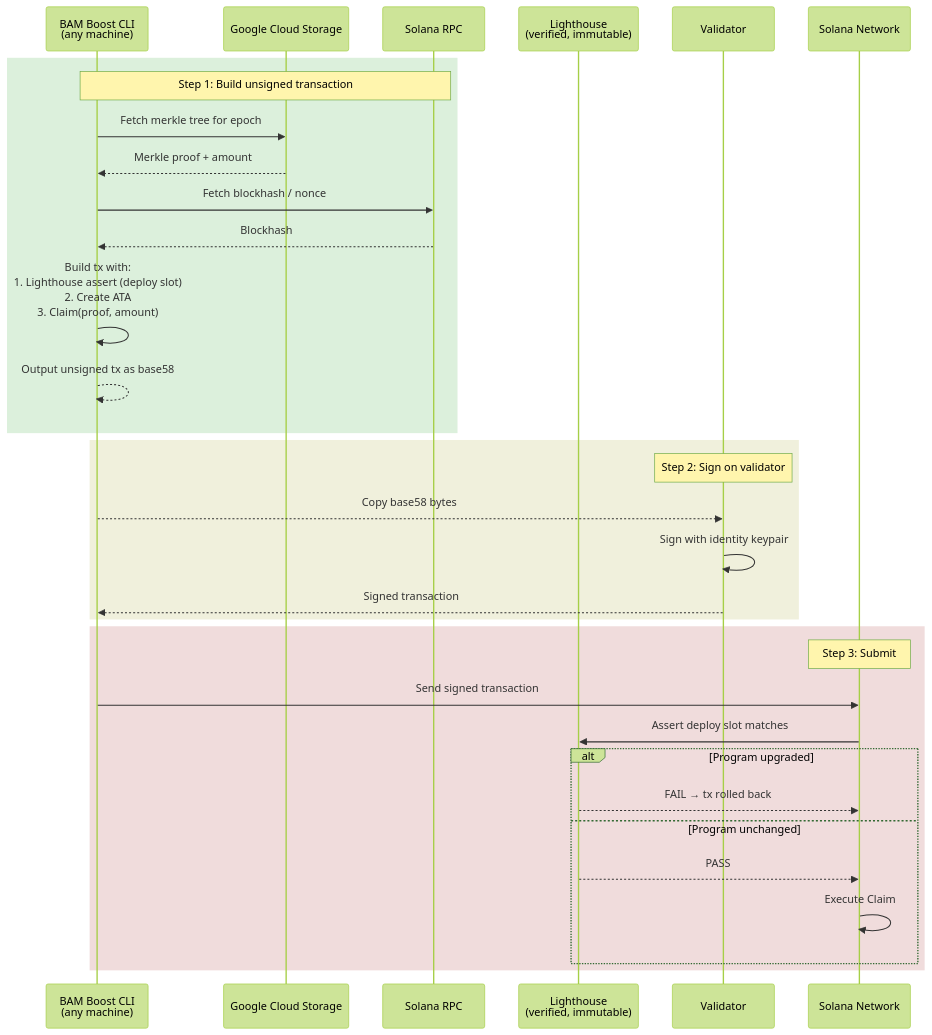
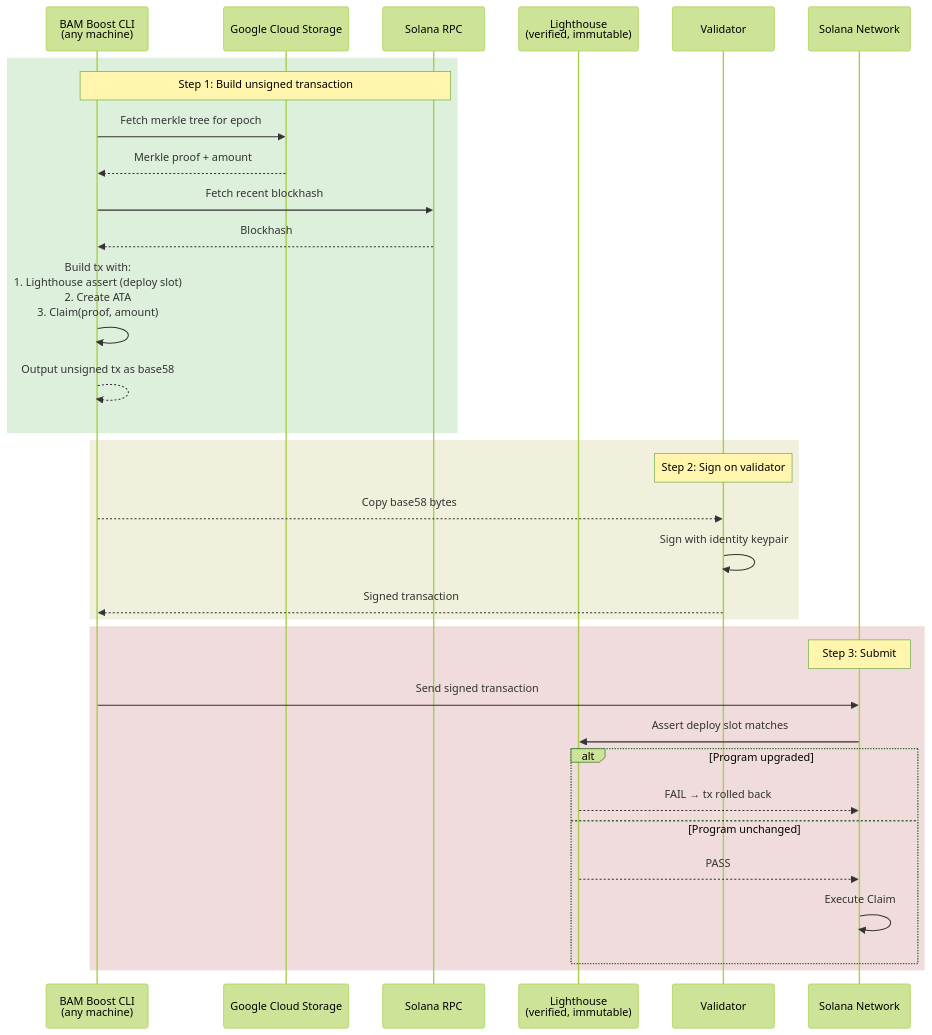
The first of 2 diagrams in README.md (exp0nge/jito-bam-boost-cli), drawn with Mermaid (forest theme) before and after one commit. The commit also changed other lines of this file and 6 other files, not shown here.

First line of the commit message:
refactor(cli): remove durable nonce support; fix --output docs to match output

````diff
--- a/README.md
+++ b/README.md
@@ -9,38 +9,38 @@
 ```mermaid
 sequenceDiagram
     participant CLI as BAM Boost CLI<br/>(any machine)
     participant GCS as Google Cloud Storage
     participant RPC as Solana RPC
     participant LH as Lighthouse<br/>(verified, immutable)
     participant Signer as Validator
     participant Chain as Solana Network
 
     rect rgb(220, 240, 220)
         Note over CLI,RPC: Step 1: Build unsigned transaction
         CLI->>GCS: Fetch merkle tree for epoch
         GCS-->>CLI: Merkle proof + amount
-        CLI->>RPC: Fetch blockhash / nonce
+        CLI->>RPC: Fetch recent blockhash
         RPC-->>CLI: Blockhash
         CLI->>CLI: Build tx with:<br/>1. Lighthouse assert (deploy slot)<br/>2. Create ATA<br/>3. Claim(proof, amount)
         CLI-->>CLI: Output unsigned tx as base58
     end
 
     rect rgb(240, 240, 220)
         Note over Signer: Step 2: Sign on validator
         CLI-->>Signer: Copy base58 bytes
         Signer->>Signer: Sign with identity keypair
         Signer-->>CLI: Signed transaction
     end
 
     rect rgb(240, 220, 220)
         Note over Chain: Step 3: Submit
         CLI->>Chain: Send signed transaction
         Chain->>LH: Assert deploy slot matches
         alt Program upgraded
             LH-->>Chain: FAIL → tx rolled back
         else Program unchanged
             LH-->>Chain: PASS
             Chain->>Chain: Execute Claim
         end
     end
 ```
````
